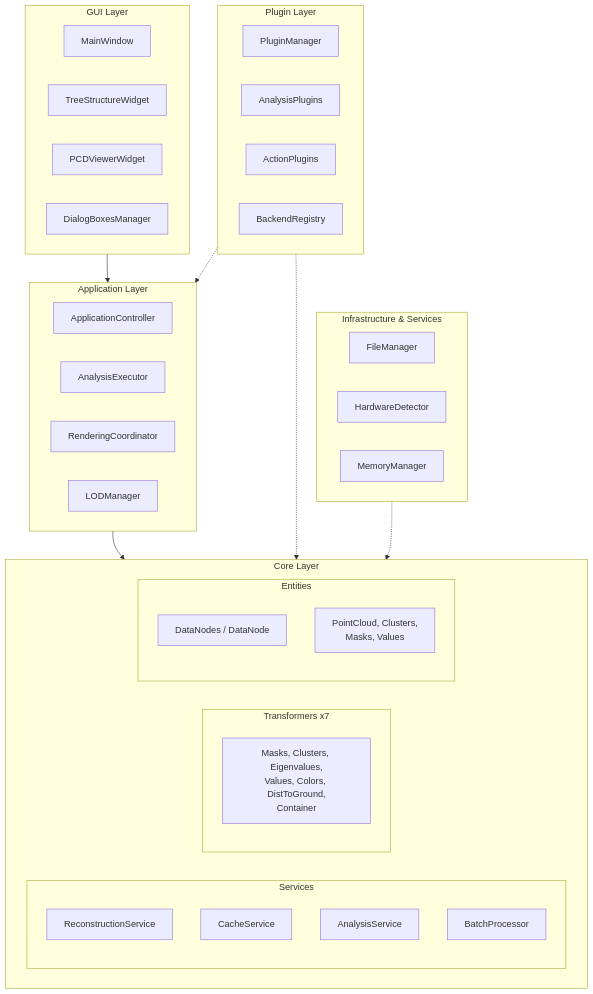
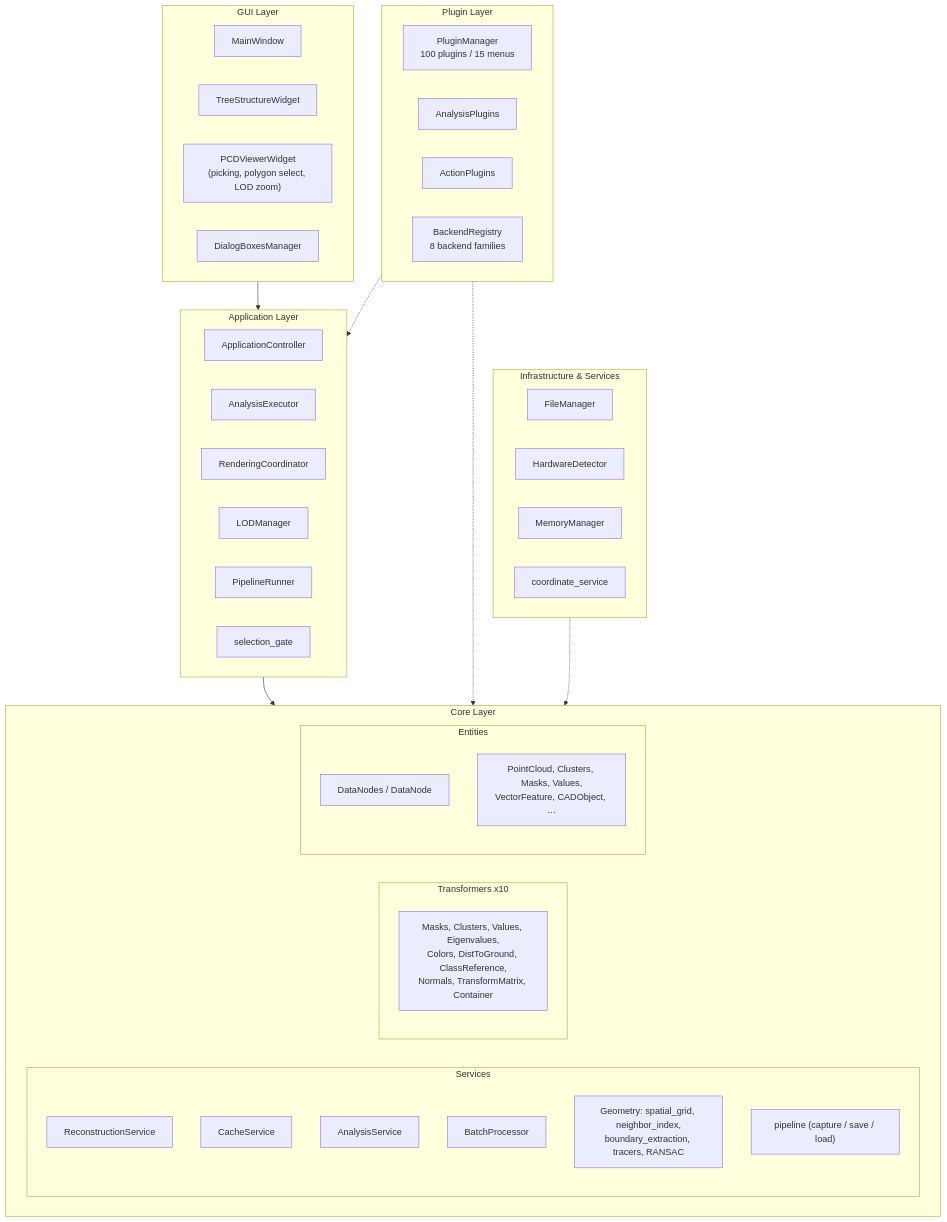
Before and after one commit to Sepehr-Sobhani-AU/SPCToolkit: the first of 8 diagrams in ARCHITECTURE.md, drawn with Mermaid. The commit also changed other lines of this file and 2 other files, not shown here.

First line of the commit message:
docs: refresh the architecture references and add generated diagrams

````diff
--- a/ARCHITECTURE.md
+++ b/ARCHITECTURE.md
@@ -28,55 +28,60 @@
 ```mermaid
 flowchart TD
     subgraph GUI["GUI Layer"]
         direction LR
         MW[MainWindow]
         TW[TreeStructureWidget]
-        PV[PCDViewerWidget]
+        PV["PCDViewerWidget<br/>(picking, polygon select, LOD zoom)"]
         DB[DialogBoxesManager]
     end
 
     subgraph App["Application Layer"]
         direction LR
         AC[ApplicationController]
         AE[AnalysisExecutor]
         RC[RenderingCoordinator]
         LM[LODManager]
+        PRN[PipelineRunner]
+        SG[selection_gate]
     end
 
     subgraph Core["Core Layer"]
         direction LR
         subgraph CoreServices["Services"]
             RS[ReconstructionService]
             CS[CacheService]
             AS[AnalysisService]
             BP[BatchProcessor]
+            GEO["Geometry: spatial_grid, neighbor_index,<br/>boundary_extraction, tracers, RANSAC"]
+            PIPE["pipeline (capture / save / load)"]
         end
-        subgraph Transformers["Transformers x7"]
-            TF["Masks, Clusters, Eigenvalues,\nValues, Colors, DistToGround,\nContainer"]
+        subgraph Transformers["Transformers x10"]
+            TF["Masks, Clusters, Values, Eigenvalues,<br/>Colors, DistToGround, ClassReference,<br/>Normals, TransformMatrix, Container"]
         end
         subgraph Entities
             DN["DataNodes / DataNode"]
-            PC["PointCloud, Clusters,\nMasks, Values"]
+            PC["PointCloud, Clusters, Masks, Values,<br/>VectorFeature, CADObject, …"]
         end
     end
 
     subgraph Infra["Infrastructure & Services"]
         direction LR
         FM[FileManager]
         HD[HardwareDetector]
         MM[MemoryManager]
+        COORD[coordinate_service]
     end
 
     subgraph Plugins["Plugin Layer"]
         direction LR
-        PM[PluginManager]
+        PM["PluginManager<br/>100 plugins / 15 menus"]
         AP[AnalysisPlugins]
         ActP[ActionPlugins]
-        BR[BackendRegistry]
+        BR["BackendRegistry<br/>8 backend families"]
     end
 
     GUI --> App --> Core
     Plugins -.-> App
     Plugins -.-> Core
     Infra -.-> Core
 ```
````
